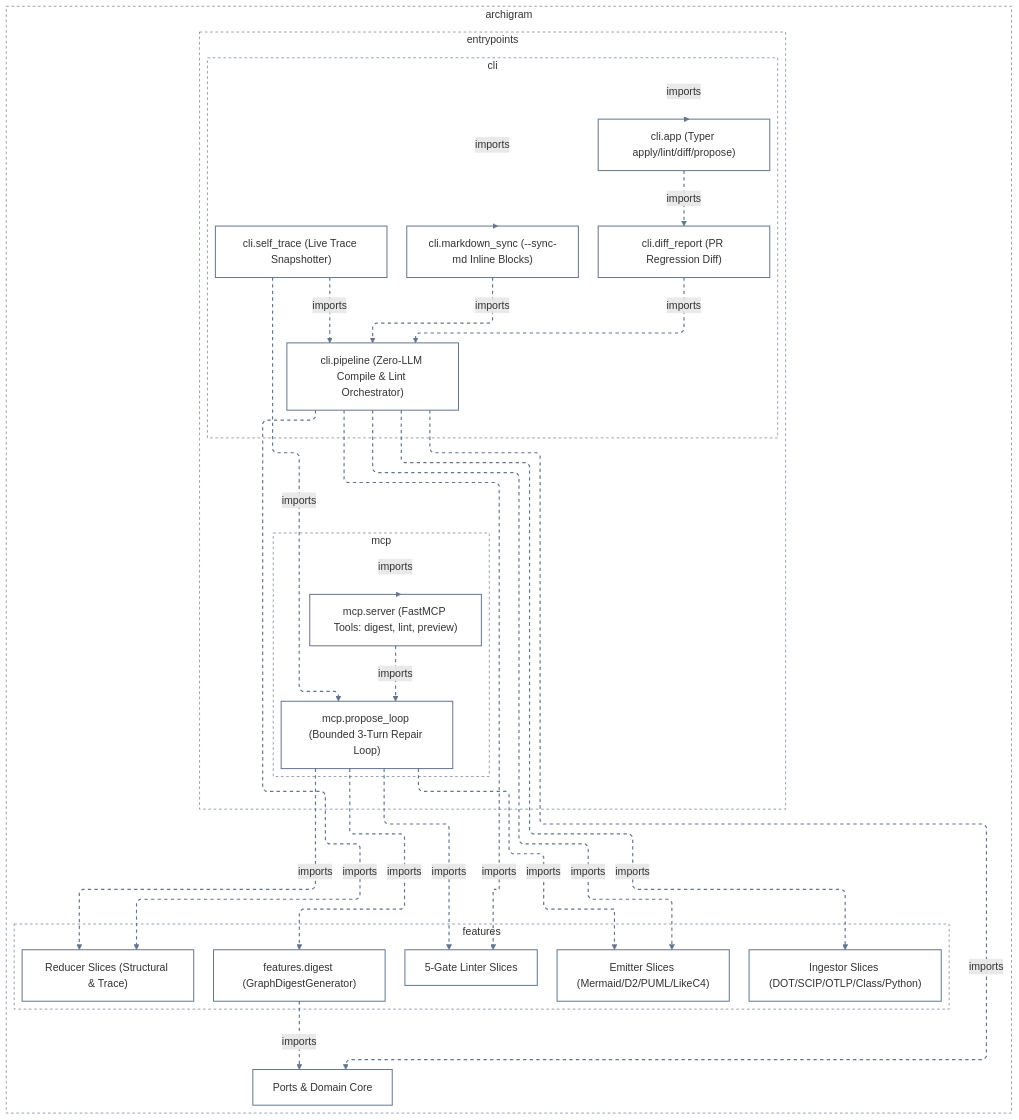
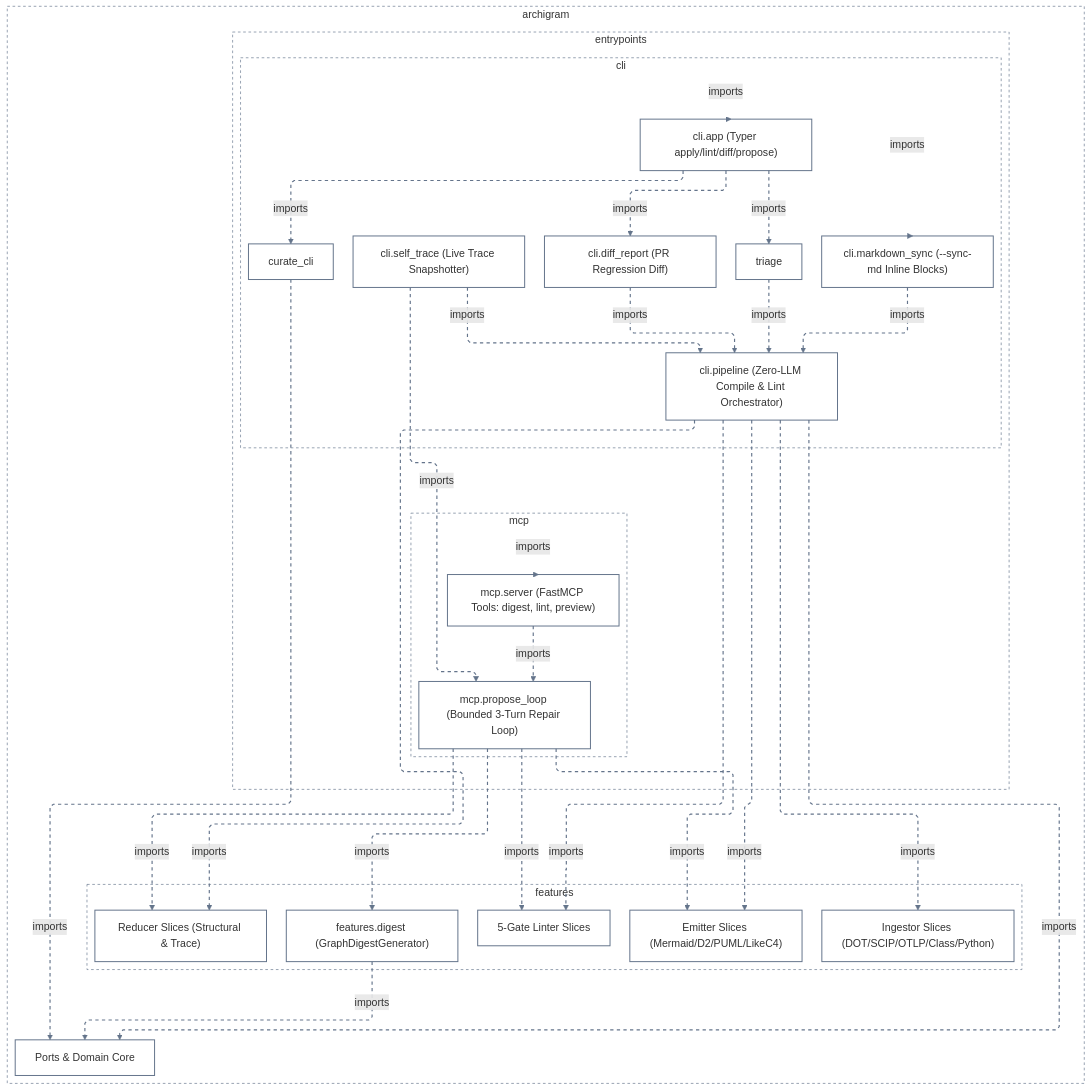
The fifth of 5 diagrams in docs/architecture/L2-subsystem-guides.md (klcd/archigram), drawn with Mermaid before and after one commit. The commit also changed 73 other files, not shown here.

Commit message:
feat(uml): add UML 2.5 variants, CLI triage, and 3-stage showcase

````diff
--- a/docs/architecture/L2-subsystem-guides.md
+++ b/docs/architecture/L2-subsystem-guides.md
@@ -360,71 +360,77 @@
 ```mermaid
 ---
 config:
   layout: elk
   elk:
     mergeEdges: false
     nodePlacementStrategy: BRANDES_KOEPF
   flowchart:
     defaultRenderer: elk
     curve: linear
   themeVariables:
     primaryColor: transparent
     secondaryColor: transparent
     tertiaryColor: transparent
     mainBkg: transparent
     nodeBorder: '#64748b'
     clusterBkg: transparent
     clusterBorder: '#64748b'
     lineColor: '#64748b'
 ---
 flowchart TD
   classDef default fill:transparent,stroke:#64748b,stroke-width:1.5px
   subgraph n0["archigram"]
     subgraph n1["entrypoints"]
       subgraph n2["cli"]
-        n5["cli.app (Typer apply/lint/diff/propose)"]
-        n6["cli.diff_report (PR Regression Diff)"]
-        n7["cli.markdown_sync (--sync-md Inline Blocks)"]
-        n8["cli.pipeline (Zero-LLM Compile & Lint Orchestrator)"]
-        n9["cli.self_trace (Live Trace Snapshotter)"]
+        n3["curate_cli"]
+        n4["triage"]
+        n7["cli.app (Typer apply/lint/diff/propose)"]
+        n8["cli.diff_report (PR Regression Diff)"]
+        n9["cli.markdown_sync (--sync-md Inline Blocks)"]
+        n10["cli.pipeline (Zero-LLM Compile & Lint Orchestrator)"]
+        n11["cli.self_trace (Live Trace Snapshotter)"]
       end
-      subgraph n3["mcp"]
-        n15["mcp.propose_loop (Bounded 3-Turn Repair Loop)"]
-        n16["mcp.server (FastMCP Tools: digest, lint, preview)"]
+      subgraph n5["mcp"]
+        n17["mcp.propose_loop (Bounded 3-Turn Repair Loop)"]
+        n18["mcp.server (FastMCP Tools: digest, lint, preview)"]
       end
     end
-    subgraph n4["features"]
-      n10["features.digest (GraphDigestGenerator)"]
-      n11["Emitter Slices (Mermaid/D2/PUML/LikeC4)"]
-      n12["Ingestor Slices (DOT/SCIP/OTLP/Class/Python)"]
-      n13["5-Gate Linter Slices"]
-      n14["Reducer Slices (Structural & Trace)"]
+    subgraph n6["features"]
+      n12["features.digest (GraphDigestGenerator)"]
+      n13["Emitter Slices (Mermaid/D2/PUML/LikeC4)"]
+      n14["Ingestor Slices (DOT/SCIP/OTLP/Class/Python)"]
+      n15["5-Gate Linter Slices"]
+      n16["Reducer Slices (Structural & Trace)"]
     end
-    n17["Ports & Domain Core"]
+    n19["Ports & Domain Core"]
   end
   style n0 fill:transparent,stroke:#64748b,stroke-width:1px,stroke-dasharray:4 4
   style n1 fill:transparent,stroke:#64748b,stroke-width:1px,stroke-dasharray:4 4
   style n2 fill:transparent,stroke:#64748b,stroke-width:1px,stroke-dasharray:4 4
-  style n3 fill:transparent,stroke:#64748b,stroke-width:1px,stroke-dasharray:4 4
-  style n4 fill:transparent,stroke:#64748b,stroke-width:1px,stroke-dasharray:4 4
-  n2 -.->|"imports"| n5
-  n6 -.->|"imports"| n8
-  n5 -.->|"imports"| n6
+  style n5 fill:transparent,stroke:#64748b,stroke-width:1px,stroke-dasharray:4 4
+  style n6 fill:transparent,stroke:#64748b,stroke-width:1px,stroke-dasharray:4 4
+  n7 -.->|"imports"| n3
+  n7 -.->|"imports"| n4
+  n2 -.->|"imports"| n7
+  n8 -.->|"imports"| n10
   n7 -.->|"imports"| n8
-  n2 -.->|"imports"| n7
-  n9 -.->|"imports"| n8
-  n15 -.->|"imports"| n10
-  n15 -.->|"imports"| n11
-  n8 -.->|"imports"| n11
-  n8 -.->|"imports"| n12
-  n15 -.->|"imports"| n13
-  n8 -.->|"imports"| n13
-  n9 -.->|"imports"| n15
-  n16 -.->|"imports"| n15
-  n3 -.->|"imports"| n16
-  n10 -.->|"imports"| n17
-  n8 -.->|"imports"| n17
-  n15 -.->|"imports"| n14
-  n8 -.->|"imports"| n14
-  linkStyle 0,1,2,3,4,5,6,7,8,9,10,11,12,13,14,15,16,17,18 stroke:#64748b,stroke-width:1.75px,stroke-dasharray:5 5
+  n9 -.->|"imports"| n10
+  n2 -.->|"imports"| n9
+  n4 -.->|"imports"| n10
+  n11 -.->|"imports"| n10
+  n17 -.->|"imports"| n12
+  n17 -.->|"imports"| n13
+  n10 -.->|"imports"| n13
+  n10 -.->|"imports"| n14
+  n17 -.->|"imports"| n15
+  n10 -.->|"imports"| n15
+  n11 -.->|"imports"| n17
+  n18 -.->|"imports"| n17
+  n5 -.->|"imports"| n18
+  n12 -.->|"imports"| n19
+  n3 -.->|"imports"| n19
+  n10 -.->|"imports"| n19
+  n17 -.->|"imports"| n16
+  n10 -.->|"imports"| n16
+  linkStyle 0,1,2,3,4,5,6,7,8,9,10,11,12,13,14,15,16,17,18,19,20,21,22 stroke:#64748b,stroke-width:1.75px,stroke-dasharray:5 5
 ```
````
